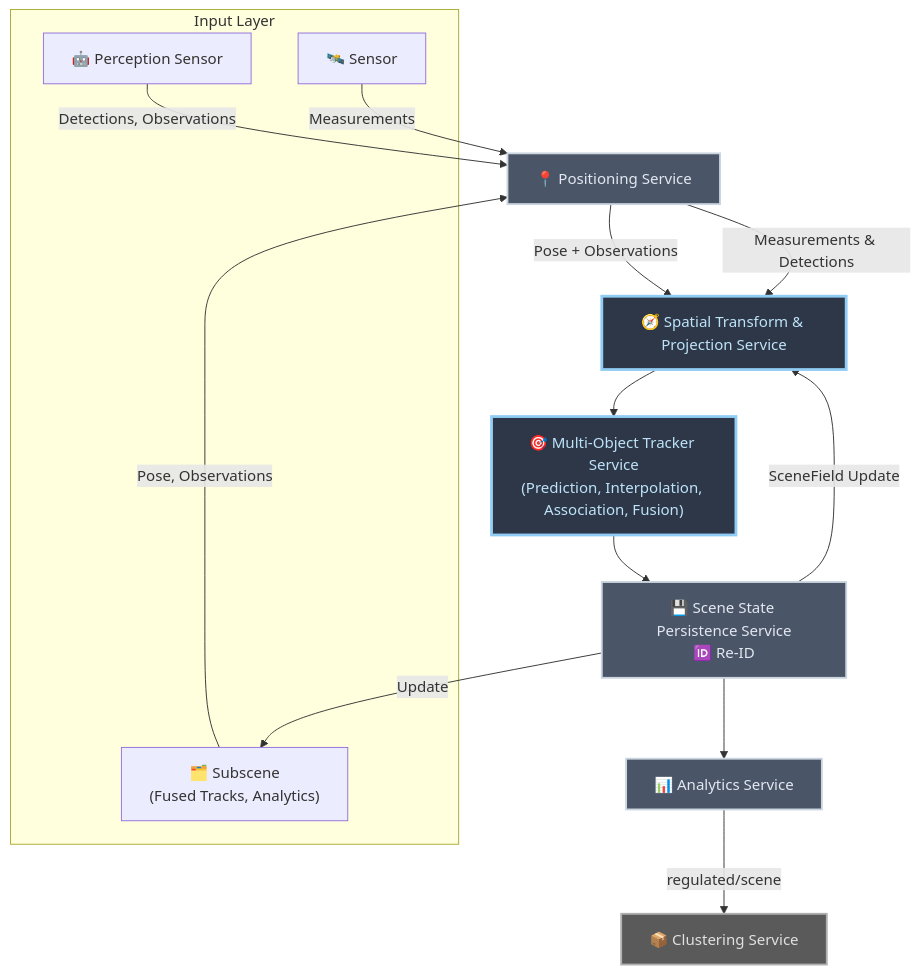
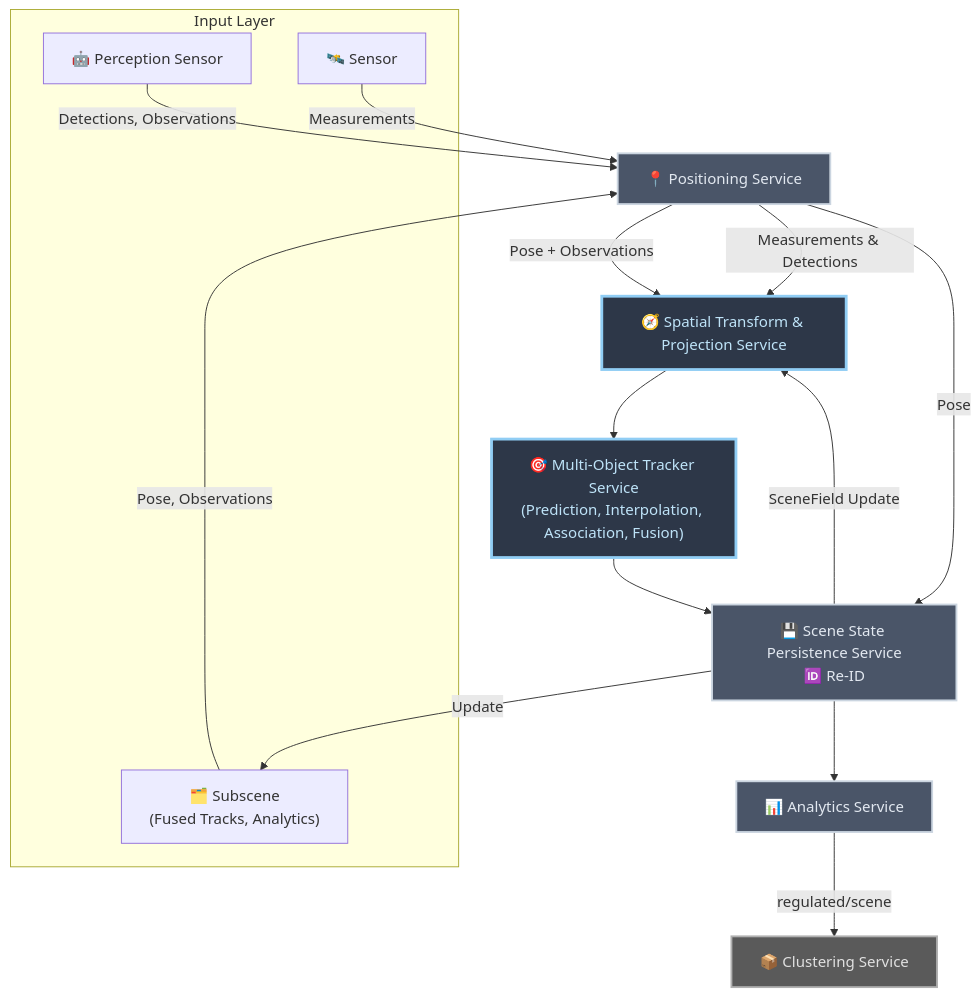
Before and after one commit to open-edge-platform/scenescape: the second of 2 diagrams in docs/adr/0013-controller-breakdown-microservices.md, drawn with Mermaid.

Commit message:
Diagram updated

````diff
--- a/docs/adr/0013-controller-breakdown-microservices.md
+++ b/docs/adr/0013-controller-breakdown-microservices.md
@@ -172,39 +172,40 @@
 ```mermaid
 flowchart TD
   %% Data sources
   subgraph InputLayer["Input Layer"]
     PerceptionSensor["🤖 Perception Sensor"]
     Subscene["🗂️ Subscene<br/>(Fused Tracks, Analytics)"]
     Sensor["🛰️ Sensor"]
   end
 
   %% Services
   Positioning["📍 Positioning Service"]
   Transform["🧭 Spatial Transform &amp; Projection Service"]
   Tracker["🎯 Multi-Object Tracker Service<br/>(Prediction, Interpolation, Association, Fusion)"]
   Persistence["💾 Scene State Persistence Service<br/>🆔 Re-ID"]
   Analytics["📊 Analytics Service"]
   Clustering["📦 Clustering Service"]
 
   Subscene -->|"Pose, Observations"| Positioning
   Sensor -->|"Measurements"| Positioning
   PerceptionSensor -->|"Detections, Observations"| Positioning
 
   Positioning -->|"Pose + Observations"| Transform
   Positioning -->|"Measurements & Detections"| Transform
 
   Transform --> Tracker
   Tracker --> Persistence
+  Positioning -->|"Pose"| Persistence
   Persistence -->|"SceneField Update"| Transform
   Persistence -->|"Update"| Subscene
 
   Persistence --> Analytics
   Analytics -->|"regulated/scene"| Clustering
 
   style Tracker fill:#2d3748,stroke:#90cdf4,stroke-width:3px,color:#bee3f8
   style Transform fill:#2d3748,stroke:#90cdf4,stroke-width:3px,color:#bee3f8
   style Positioning fill:#4a5568,stroke:#cbd5e0,stroke-width:2px,color:#e2e8f0
   style Persistence fill:#4a5568,stroke:#cbd5e0,stroke-width:2px,color:#e2e8f0
   style Analytics fill:#4a5568,stroke:#cbd5e0,stroke-width:2px,color:#e2e8f0
   style Clustering fill:#5a5a5a,stroke:#b0b0b0,stroke-width:2px,color:#e0e0e0
 ```
````
